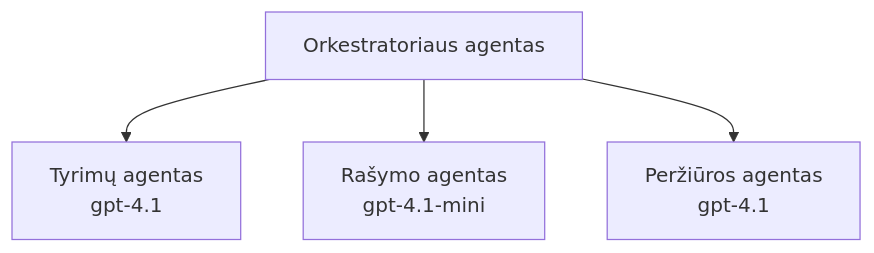
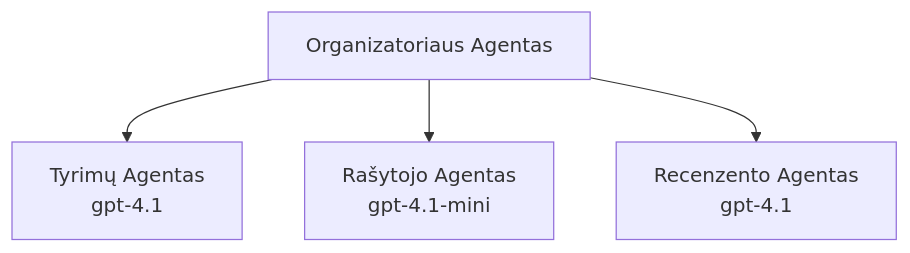
The third of 3 diagrams in translations/lt/docs/chapter-02-ai-development/agents.md (microsoft/AZD-for-beginners), drawn with Mermaid before and after one commit. The commit also changed other lines of this file and 59 other files, not shown here.

````diff
--- a/translations/lt/docs/chapter-02-ai-development/agents.md
+++ b/translations/lt/docs/chapter-02-ai-development/agents.md
@@ -201,6 +201,6 @@
 ```mermaid
 graph TD
-    Orchestrator[Orkestratoriaus agentas] --> Research[Tyrimų agentas<br/>gpt-4.1]
-    Orchestrator --> Writer[Rašymo agentas<br/>gpt-4.1-mini]
-    Orchestrator --> Reviewer[Peržiūros agentas<br/>gpt-4.1]
+    Orchestrator[Organizatoriaus Agentas] --> Research[Tyrimų Agentas<br/>gpt-4.1]
+    Orchestrator --> Writer[Rašytojo Agentas<br/>gpt-4.1-mini]
+    Orchestrator --> Reviewer[Recenzento Agentas<br/>gpt-4.1]
 ```
````
